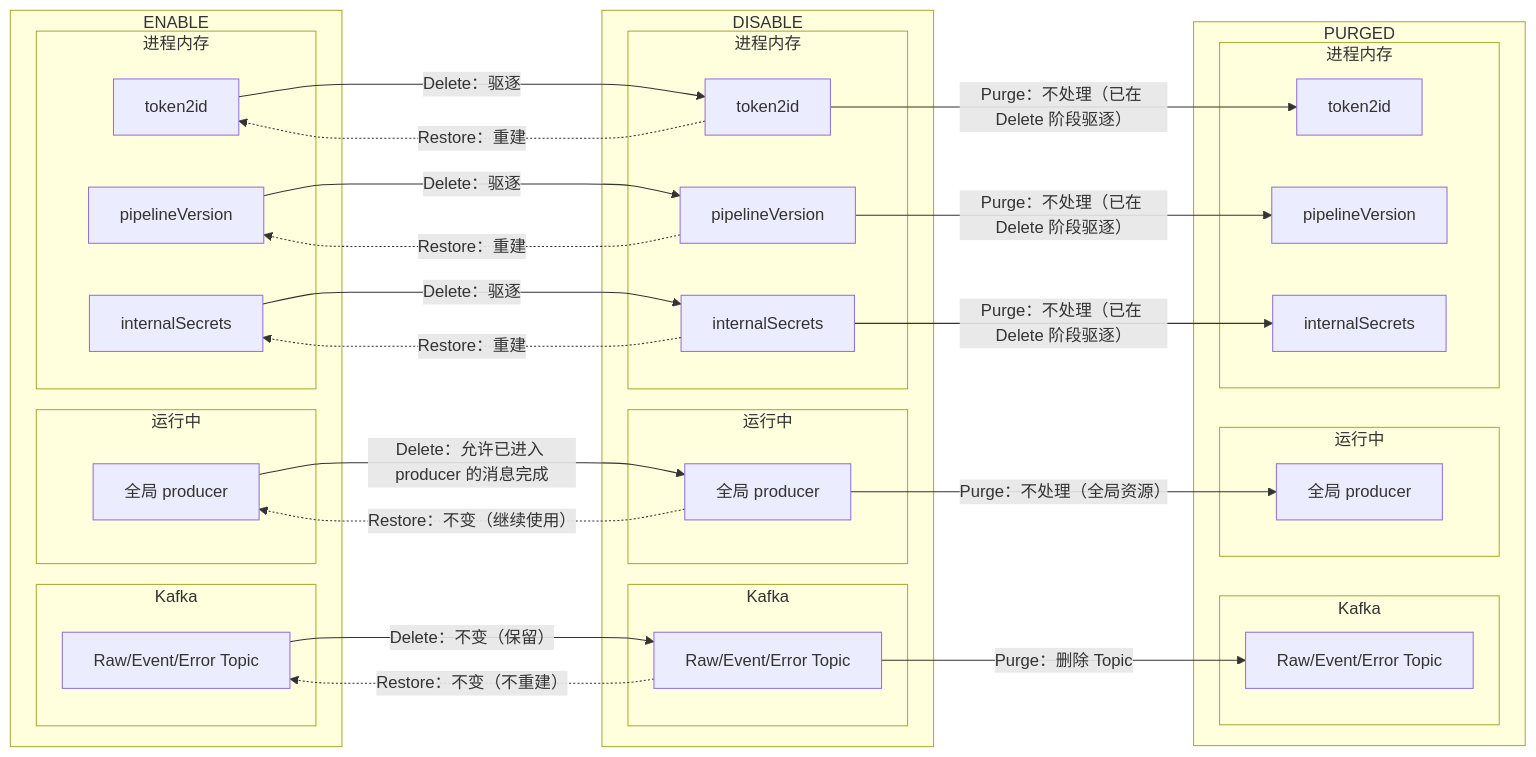
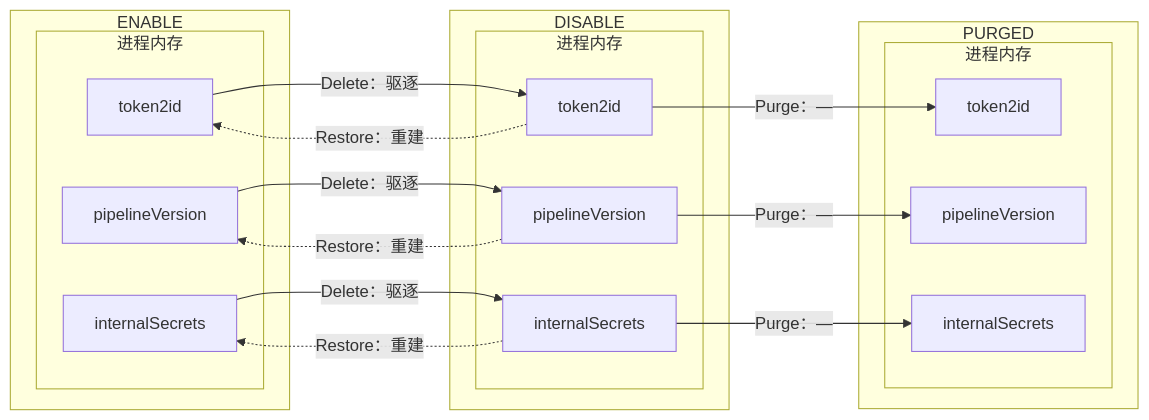
Diagram 13 of 21 in specs/20260716-Wave-Refac-OrganizationProjectLifecycle/04-detail.md (qinwenshiCH/workflow), drawn with Mermaid before and after one commit. The commit also changed other lines of this file and 2 other files, not shown here.

First line of the commit message:
fix: 按实际代码修正全部组件的生命周期文档 — 资源台账/生命周期图/流量变化图/PM改动

````diff
--- a/specs/20260716-Wave-Refac-OrganizationProjectLifecycle/04-detail.md
+++ b/specs/20260716-Wave-Refac-OrganizationProjectLifecycle/04-detail.md
@@ -804,60 +842,36 @@
 ```mermaid
 flowchart LR
     subgraph enable["ENABLE"]
-        subgraph e_kafka["Kafka"]
-            ETopic["Raw/Event/Error Topic"]
-        end
-        subgraph e_runtime["运行中"]
-            EProducer["全局 producer"]
-        end
         subgraph e_memory["进程内存"]
             EToken["token2id"]
             EPipeline["pipelineVersion"]
             ESecrets["internalSecrets"]
         end
     end
 
     subgraph disable["DISABLE"]
-        subgraph d_kafka["Kafka"]
-            DTopic["Raw/Event/Error Topic"]
-        end
-        subgraph d_runtime["运行中"]
-            DProducer["全局 producer"]
-        end
         subgraph d_memory["进程内存"]
             DToken["token2id"]
             DPipeline["pipelineVersion"]
             DSecrets["internalSecrets"]
         end
     end
 
     subgraph purged["PURGED"]
-        subgraph p_kafka["Kafka"]
-            PTopic["Raw/Event/Error Topic"]
-        end
-        subgraph p_runtime["运行中"]
-            PProducer["全局 producer"]
-        end
         subgraph p_memory["进程内存"]
             PToken["token2id"]
             PPipeline["pipelineVersion"]
             PSecrets["internalSecrets"]
         end
     end
 
-    ETopic -->|Delete：不变（保留）| DTopic
-    EProducer -->|Delete：允许已进入 producer 的消息完成| DProducer
     EToken -->|Delete：驱逐| DToken
     EPipeline -->|Delete：驱逐| DPipeline
     ESecrets -->|Delete：驱逐| DSecrets
-    DTopic -.->|Restore：不变（不重建）| ETopic
-    DProducer -.->|Restore：不变（继续使用）| EProducer
     DToken -.->|Restore：重建| EToken
     DPipeline -.->|Restore：重建| EPipeline
     DSecrets -.->|Restore：重建| ESecrets
-    DTopic -->|Purge：删除 Topic| PTopic
-    DProducer -->|Purge：不处理（全局资源）| PProducer
-    DToken -->|Purge：不处理（已在 Delete 阶段驱逐）| PToken
-    DPipeline -->|Purge：不处理（已在 Delete 阶段驱逐）| PPipeline
-    DSecrets -->|Purge：不处理（已在 Delete 阶段驱逐）| PSecrets
+    DToken -->|Purge：—| PToken
+    DPipeline -->|Purge：—| PPipeline
+    DSecrets -->|Purge：—| PSecrets
 ```
````
